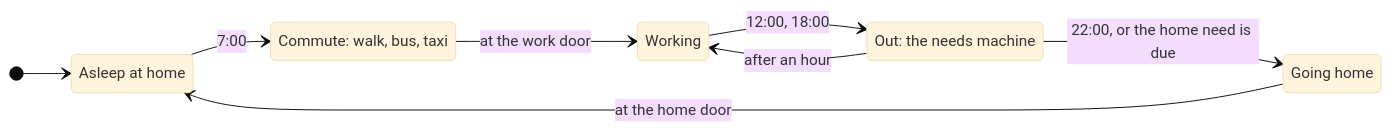
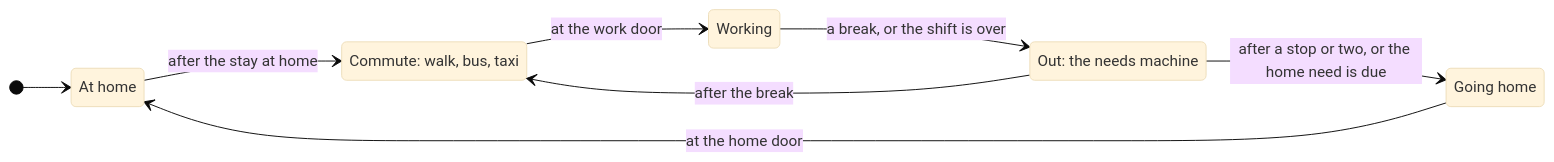
Before and after one commit to melody1030/Procedure-World-Building: the fifth of 7 diagrams in docs/techniques/agents.md, drawn with Mermaid (base theme). The commit also changed other lines of this file and 30 other files, not shown here.

````diff
--- a/docs/techniques/agents.md
+++ b/docs/techniques/agents.md
@@ -131,16 +135,16 @@
 ```mermaid
 stateDiagram-v2
   direction LR
-  state "Asleep at home" as Asleep
+  state "At home" as AtHome
   state "Commute: walk, bus, taxi" as Commute
   state "Working" as Working
   state "Out: the needs machine" as Out
   state "Going home" as Home
-  [*] --> Asleep
-  Asleep --> Commute : 7:00
+  [*] --> AtHome
+  AtHome --> Commute : after the stay at home
   Commute --> Working : at the work door
-  Working --> Out : 12:00, 18:00
-  Out --> Working : after an hour
-  Out --> Home : 22:00, or the home need is due
-  Home --> Asleep : at the home door
+  Working --> Out : a break, or the shift is over
+  Out --> Commute : after the break
+  Out --> Home : after a stop or two, or the home need is due
+  Home --> AtHome : at the home door
 ```
````
